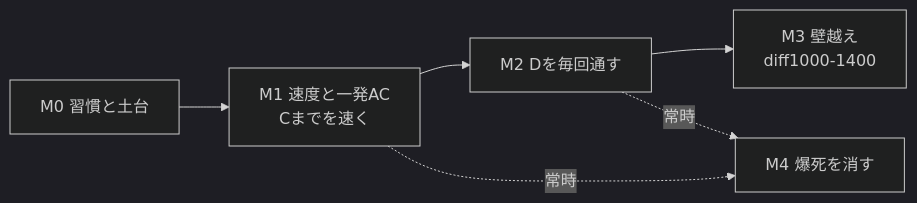
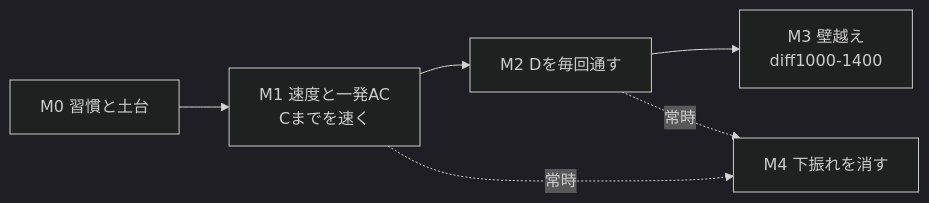
One commit to bubbleShaker/atcoder-roadmap changed the diagram in PLAN.md. Above: the diagram before and after it, drawn with Mermaid (dark theme). The commit also changed other lines of this file, not shown here.

````diff
--- a/PLAN.md
+++ b/PLAN.md
@@ -12,8 +24,8 @@
 ```mermaid
 flowchart LR
     M0[M0 習慣と土台] --> M1[M1 速度と一発AC<br/>Cまでを速く]
     M1 --> M2[M2 Dを毎回通す]
     M2 --> M3[M3 壁越え<br/>diff1000-1400]
-    M1 -.常時.-> M4[M4 爆死を消す]
+    M1 -.常時.-> M4[M4 下振れを消す]
     M2 -.常時.-> M4
 ```
````
